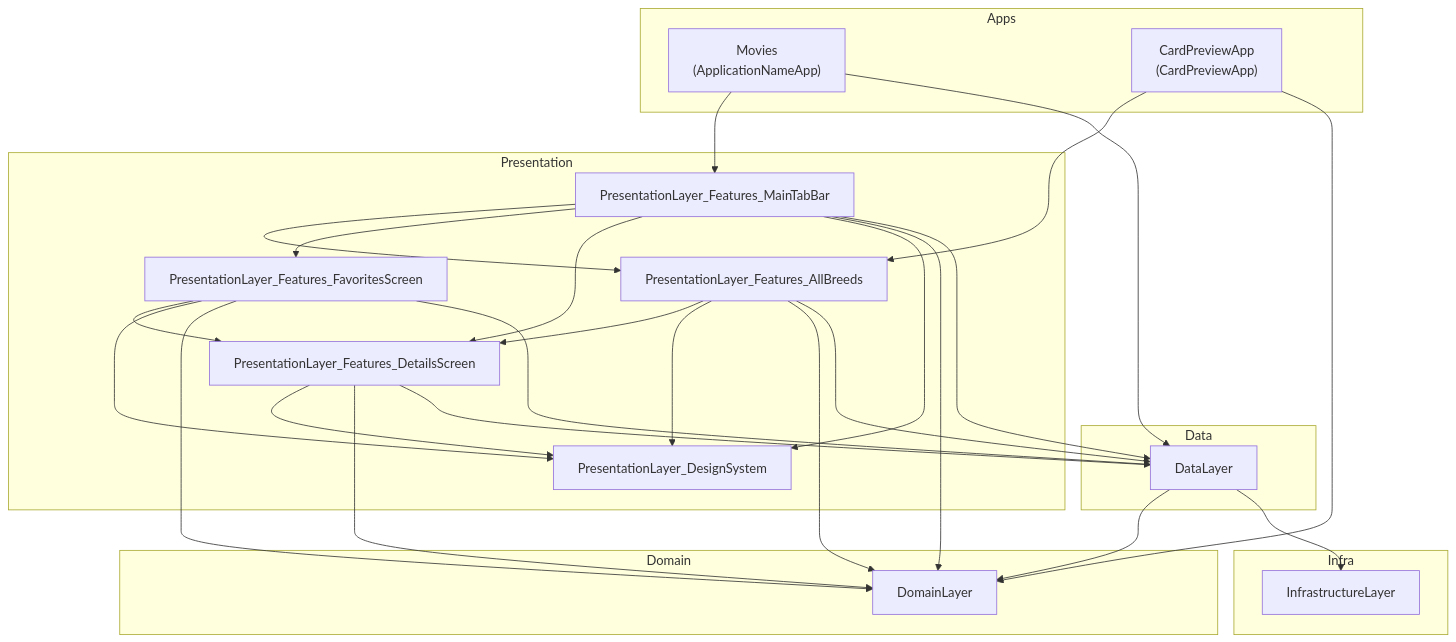
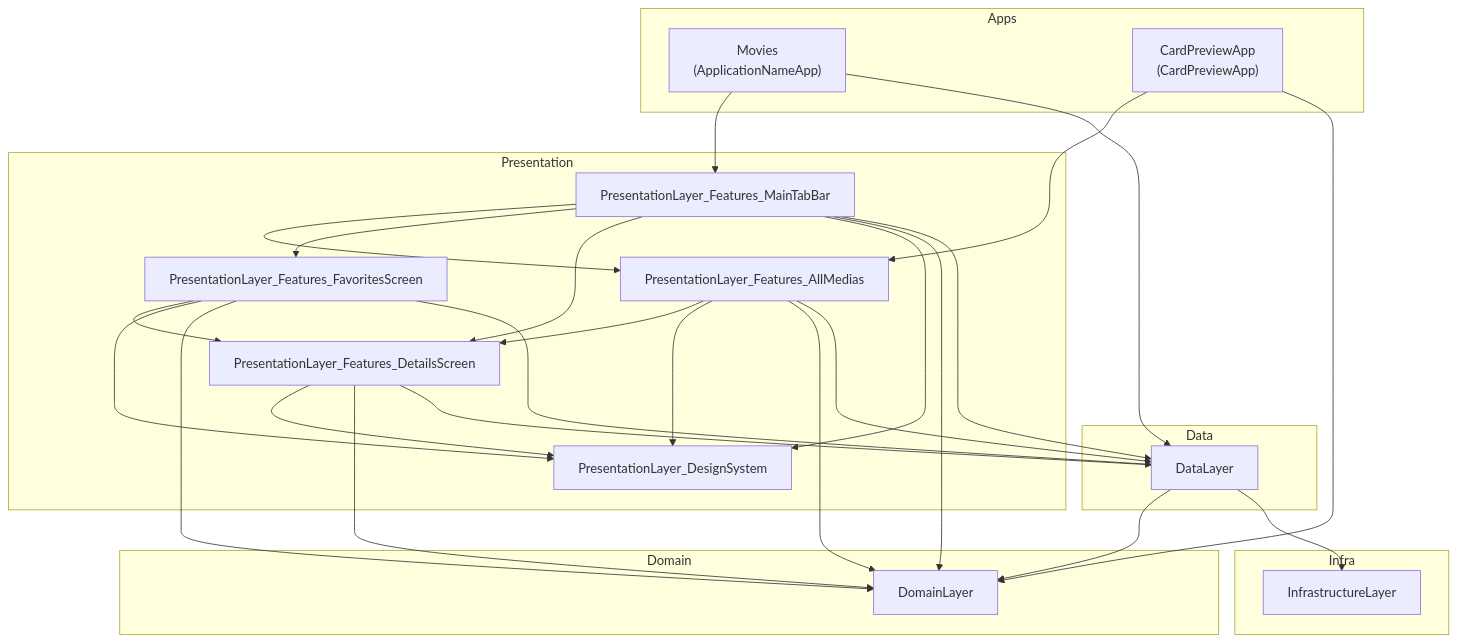
The first of 3 diagrams in README.md (fuxlud/Movies), drawn with Mermaid before and after one commit. The commit also changed other lines of this file and 40 other files, not shown here.

````diff
--- a/README.md
+++ b/README.md
@@ -20,57 +20,57 @@
 ```mermaid
 flowchart TB
   subgraph Apps
     MainApp["Movies\n(ApplicationNameApp)"]
     PreviewApp["CardPreviewApp\n(CardPreviewApp)"]
   end
 
   subgraph Presentation
     DesignSystem["PresentationLayer_DesignSystem"]
-    AllBreeds["PresentationLayer_Features_AllBreeds"]
+    AllMedias["PresentationLayer_Features_AllMedias"]
     Details["PresentationLayer_Features_DetailsScreen"]
     Favorites["PresentationLayer_Features_FavoritesScreen"]
     MainTab["PresentationLayer_Features_MainTabBar"]
   end
 
   subgraph Domain
     DomainLayer["DomainLayer"]
   end
 
   subgraph Data
     DataLayer["DataLayer"]
   end
 
   subgraph Infra
     InfraLayer["InfrastructureLayer"]
   end
 
   MainApp --> MainTab
   MainApp --> DataLayer
 
-  PreviewApp --> AllBreeds
+  PreviewApp --> AllMedias
   PreviewApp --> DomainLayer
 
-  MainTab --> AllBreeds
+  MainTab --> AllMedias
   MainTab --> Favorites
   MainTab --> Details
   MainTab --> DesignSystem
   MainTab --> DomainLayer
   MainTab --> DataLayer
 
-  AllBreeds --> Details
-  AllBreeds --> DesignSystem
-  AllBreeds --> DomainLayer
-  AllBreeds --> DataLayer
+  AllMedias --> Details
+  AllMedias --> DesignSystem
+  AllMedias --> DomainLayer
+  AllMedias --> DataLayer
 
   Favorites --> Details
   Favorites --> DesignSystem
   Favorites --> DomainLayer
   Favorites --> DataLayer
 
   Details --> DesignSystem
   Details --> DomainLayer
   Details --> DataLayer
 
   DataLayer --> DomainLayer
   DataLayer --> InfraLayer
 ```
````
